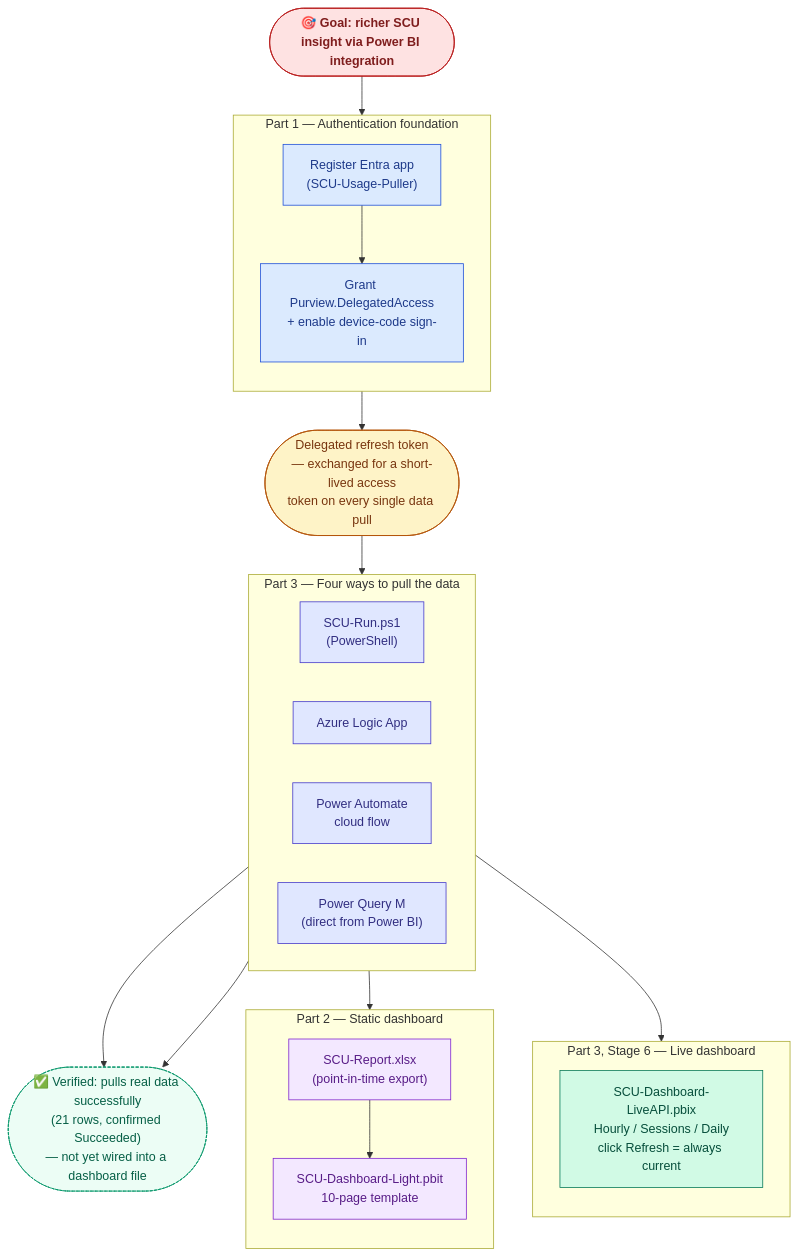
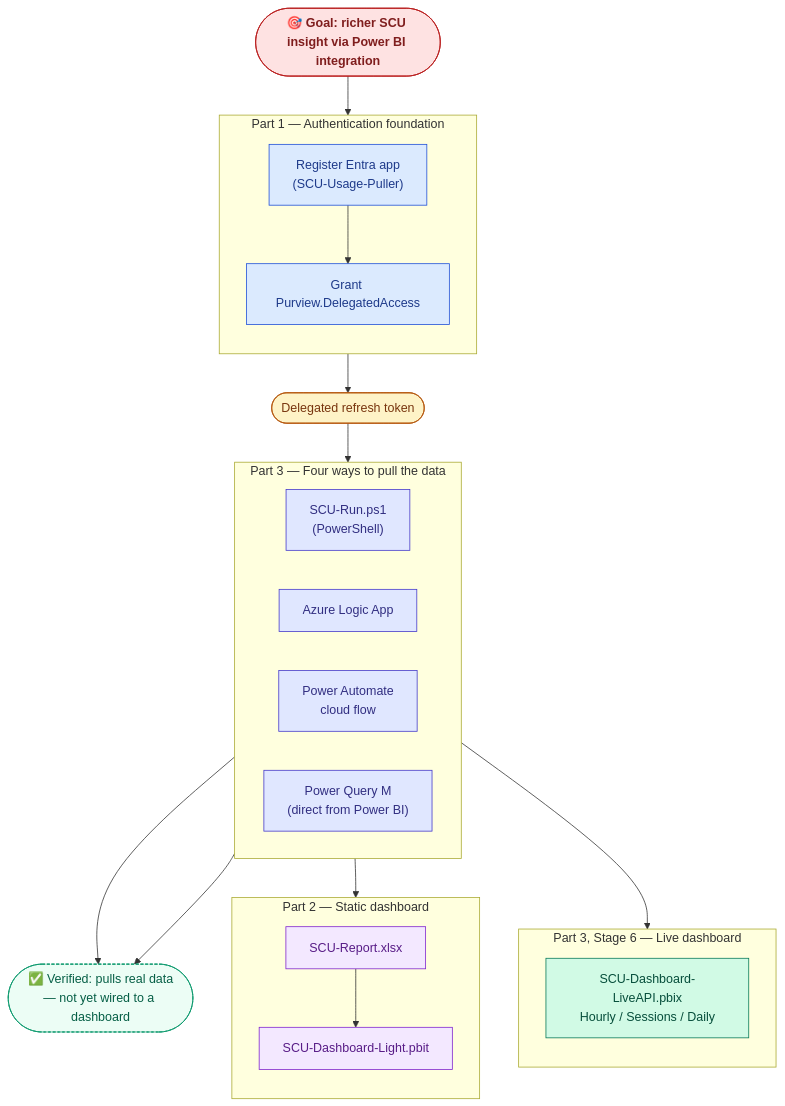
Before and after one commit to Muatazawad2/SCU-Module-Manual-Deployment: the diagram in README.md, drawn with Mermaid.

Commit message:
Trim explanatory sub-text from every diagram node, keep labels only
Drops the 'enable device-code sign-in' clarifier, the refresh-token
exchange explanation, the row-count/status detail on the Verified node,
and the file-type parentheticals on the dashboard nodes - that detail
already lives in the surrounding prose and each Part's own write-up, so
the diagram itself stays scannable at a glance.

````diff
--- a/README.md
+++ b/README.md
@@ -15,56 +15,56 @@
 ```mermaid
 flowchart TD
     Problem(["🎯 Goal: richer SCU insight via Power BI integration"])
 
     Problem --> Auth
 
     subgraph Auth["Part 1 — Authentication foundation"]
         direction TB
-        A1["Register Entra app\n(SCU-Usage-Puller)"] --> A2["Grant Purview.DelegatedAccess\n+ enable device-code sign-in"]
+        A1["Register Entra app\n(SCU-Usage-Puller)"] --> A2["Grant Purview.DelegatedAccess"]
     end
 
-    Auth --> Token(["Delegated refresh token\n— exchanged for a short-lived access\ntoken on every single data pull"])
+    Auth --> Token(["Delegated refresh token"])
 
     Token --> Pull
 
     subgraph Pull["Part 3 — Four ways to pull the data"]
         direction LR
         P1["SCU-Run.ps1\n(PowerShell)"]
         P2["Azure Logic App"]
         P3["Power Automate\ncloud flow"]
         P4["Power Query M\n(direct from Power BI)"]
     end
 
     P1 --> Static
     P2 --> Verified
     P3 --> Verified
     P4 --> Live
 
-    Verified(["✅ Verified: pulls real data successfully\n(21 rows, confirmed Succeeded)\n— not yet wired into a dashboard file"])
+    Verified(["✅ Verified: pulls real data\n— not yet wired to a dashboard"])
 
     subgraph Static["Part 2 — Static dashboard"]
         direction TB
-        S1["SCU-Report.xlsx\n(point-in-time export)"] --> S2["SCU-Dashboard-Light.pbit\n10-page template"]
+        S1["SCU-Report.xlsx"] --> S2["SCU-Dashboard-Light.pbit"]
     end
 
     subgraph Live["Part 3, Stage 6 — Live dashboard"]
         direction TB
-        L1["SCU-Dashboard-LiveAPI.pbix\nHourly / Sessions / Daily\nclick Refresh = always current"]
+        L1["SCU-Dashboard-LiveAPI.pbix\nHourly / Sessions / Daily"]
     end
 
     classDef problem fill:#FEE2E2,stroke:#B91C1C,color:#7F1D1D,font-weight:bold
     classDef part1 fill:#DBEAFE,stroke:#1D4ED8,color:#1E3A8A
     classDef token fill:#FEF3C7,stroke:#B45309,color:#78350F
     classDef pull fill:#E0E7FF,stroke:#4338CA,color:#312E81
     classDef static fill:#F3E8FF,stroke:#7E22CE,color:#581C87
     classDef live fill:#D1FAE5,stroke:#047857,color:#064E3B
     classDef verified fill:#ECFDF5,stroke:#059669,color:#065F46,stroke-dasharray: 4 2
 
     class Problem problem
     class A1,A2 part1
     class Token token
     class P1,P2,P3,P4 pull
     class Verified verified
     class S1,S2 static
     class L1 live
 ```
````
